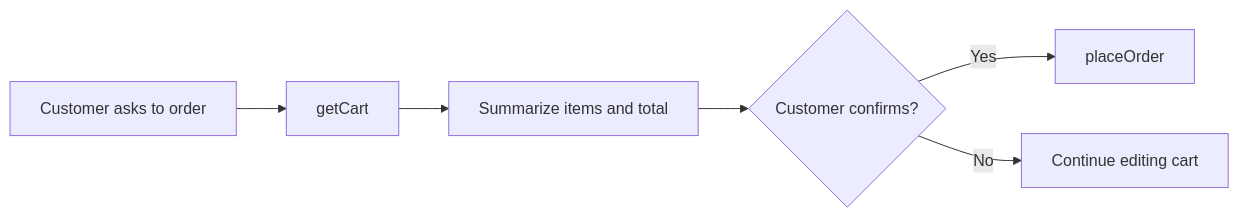
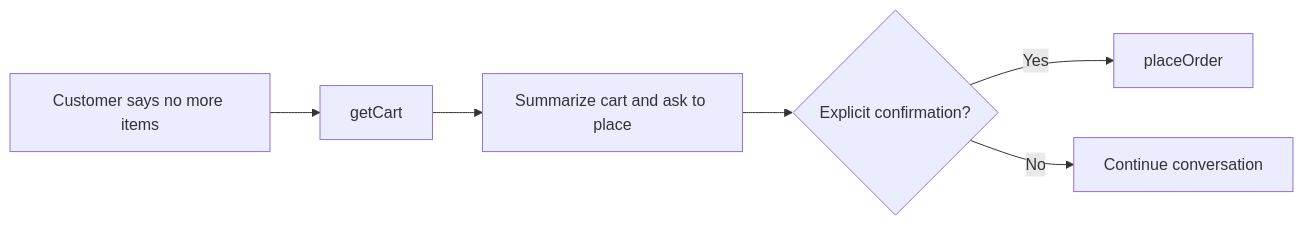
The fifth of 5 diagrams in docs/agent-tools.md (mx7h/Voice-Agent-POC), drawn with Mermaid before and after one commit. The commit also changed other lines of this file and 5 other files, not shown here.

````diff
--- a/docs/agent-tools.md
+++ b/docs/agent-tools.md
@@ -665,8 +614,8 @@
 ```mermaid
 flowchart LR
-    U[Customer asks to order] --> GC[getCart]
-    GC --> S[Summarize items and total]
-    S --> C{Customer confirms?}
-    C -->|Yes| PO[placeOrder]
-    C -->|No| E[Continue editing cart]
+    A[Customer says no more items] --> B[getCart]
+    B --> C[Summarize cart and ask to place]
+    C --> D{Explicit confirmation?}
+    D -->|Yes| E[placeOrder]
+    D -->|No| F[Continue conversation]
 ```
````
